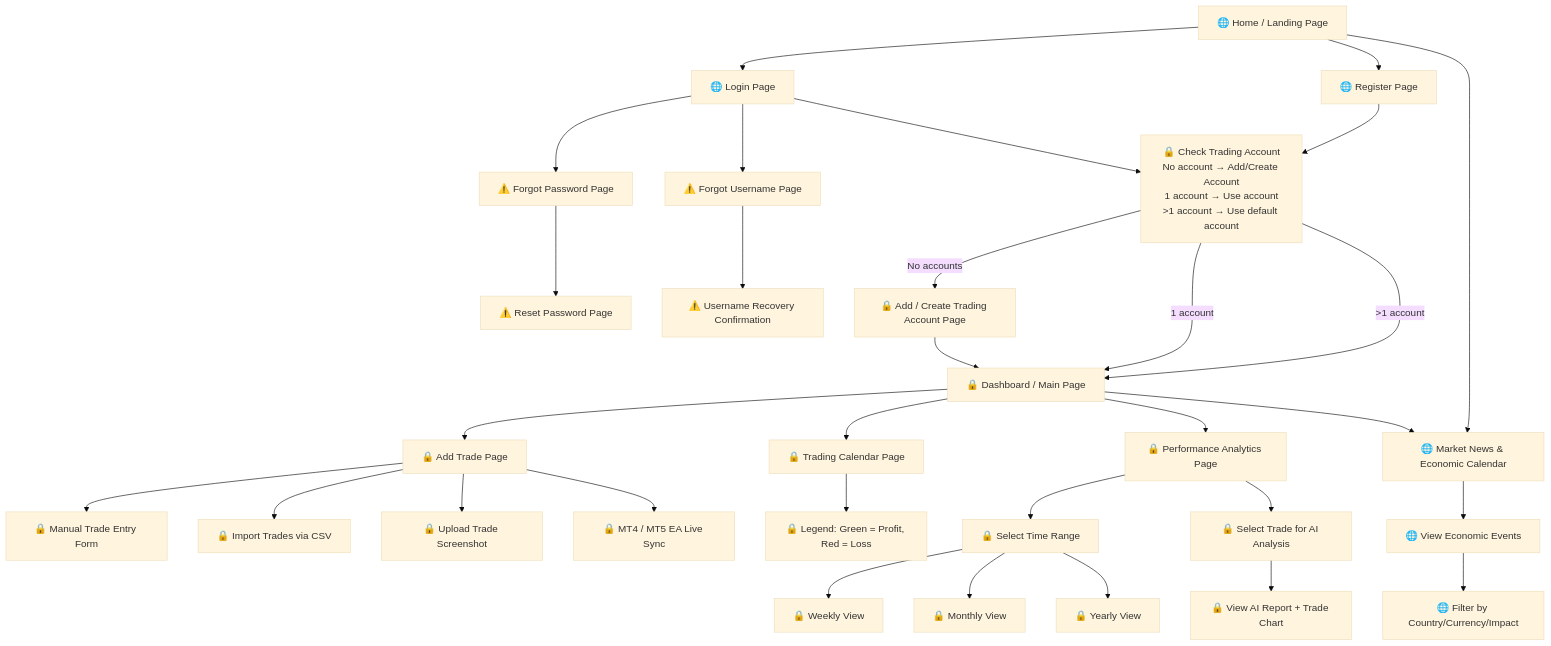
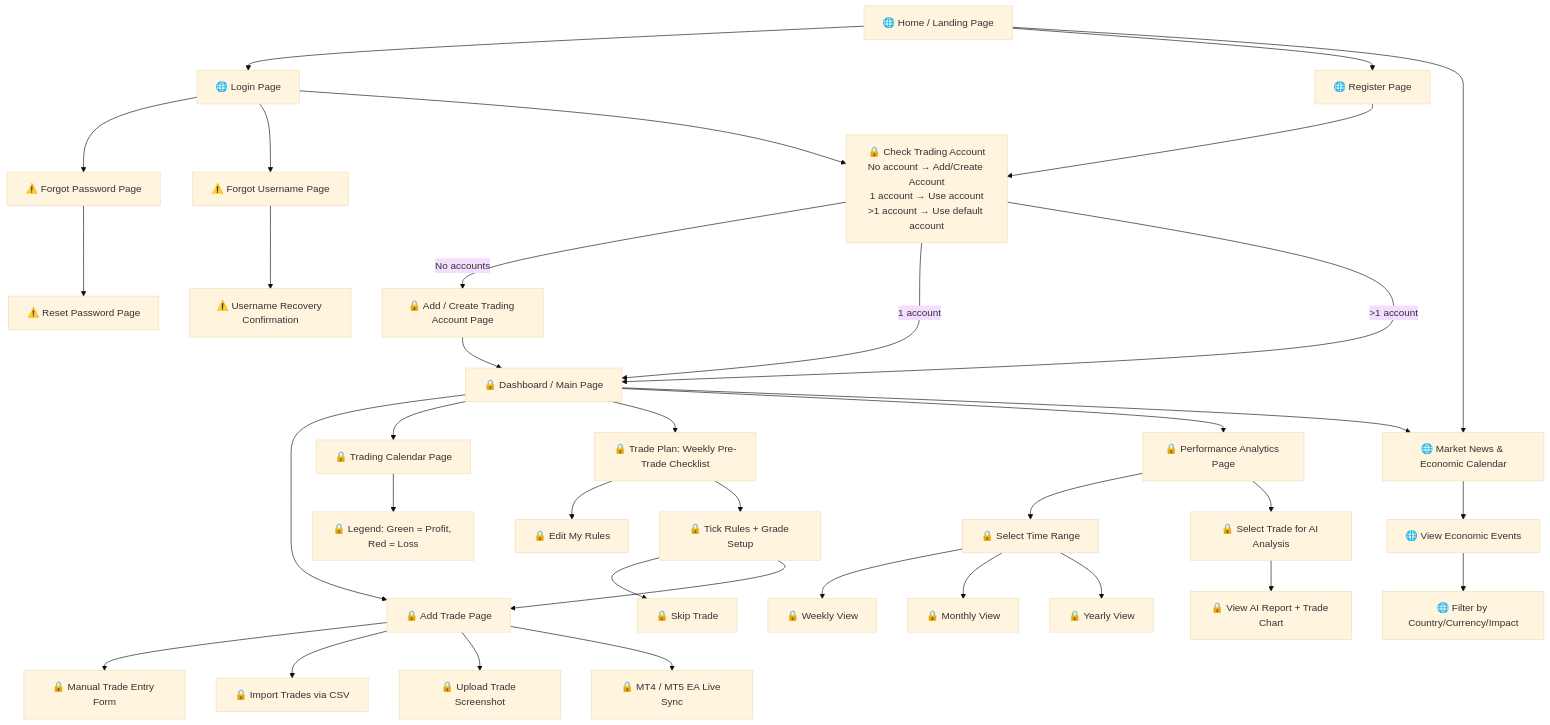
Before and after one commit to manduulya/pipntick-trade: the diagram in docs/app-flow.md, drawn with Mermaid (base theme). The commit also changed other lines of this file and 32 other files, not shown here.

First line of the commit message:
Feat/trade plan (#18)

````diff
--- a/docs/app-flow.md
+++ b/docs/app-flow.md
@@ -10,65 +10,71 @@
 ```mermaid
 flowchart TD
     %% =========================
     %% Root / Landing
     %% =========================
     Home[🌐 Home / Landing Page]
 
     %% =========================
     %% User Authentication
     %% =========================
     Home --> Login[🌐 Login Page]
     Home --> Register[🌐 Register Page]
 
     %% Forgot Password / Username flows
     Login --> ForgotPassword[⚠️ Forgot Password Page]
     Login --> ForgotUsername[⚠️ Forgot Username Page]
     ForgotPassword --> ResetPassword[⚠️ Reset Password Page]
     ForgotUsername --> UsernameRecovery[⚠️ Username Recovery Confirmation]
 
     %% =========================
     %% Pre-Dashboard / Trading Account Check
     %% =========================
     Login --> TradingAccountCheck[🔒 Check Trading Account<br/>No account → Add/Create Account<br/>1 account → Use account<br/>>1 account → Use default account]
     Register --> TradingAccountCheck
 
     AddOrCreateAccount[🔒 Add / Create Trading Account Page]
 
     TradingAccountCheck -->|No accounts| AddOrCreateAccount
     TradingAccountCheck -->|1 account| Dashboard[🔒 Dashboard / Main Page]
     TradingAccountCheck -->|>1 account| Dashboard
 
     AddOrCreateAccount --> Dashboard
 
     %% =========================
     %% Trade Management
     %% =========================
     Dashboard --> AddTrade[🔒 Add Trade Page]
     AddTrade --> ManualEntry[🔒 Manual Trade Entry Form]
     AddTrade --> CSVImport[🔒 Import Trades via CSV]
     AddTrade --> ScreenshotUpload[🔒 Upload Trade Screenshot]
     AddTrade --> MT4Sync[🔒 MT4 / MT5 EA Live Sync]
 
     %% =========================
     %% Analytics & Calendar
     %% =========================
     Dashboard --> Calendar[🔒 Trading Calendar Page]
     Calendar --> CalendarLegend[🔒 Legend: Green = Profit, Red = Loss]
 
+    Dashboard --> TradePlan[🔒 Trade Plan: Weekly Pre-Trade Checklist]
+    TradePlan --> MyRules[🔒 Edit My Rules]
+    TradePlan --> GradePlan[🔒 Tick Rules + Grade Setup]
+    GradePlan --> SkipPlan[🔒 Skip Trade]
+    GradePlan --> AddTrade
+
     Dashboard --> Performance[🔒 Performance Analytics Page]
     Performance --> TimeRange[🔒 Select Time Range]
     TimeRange --> WeeklyView[🔒 Weekly View]
     TimeRange --> MonthlyView[🔒 Monthly View]
     TimeRange --> YearlyView[🔒 Yearly View]
 
     Performance --> TradeAnalysis[🔒 Select Trade for AI Analysis]
     TradeAnalysis --> AIReport[🔒 View AI Report + Trade Chart]
 
     %% =========================
     %% Market News & Economic Calendar (Public)
     %% =========================
     Home --> MarketNews[🌐 Market News & Economic Calendar]
     Dashboard --> MarketNews
     MarketNews --> EconomicEvents[🌐 View Economic Events]
     EconomicEvents --> FilterEvents[🌐 Filter by Country/Currency/Impact]
 ```
````
